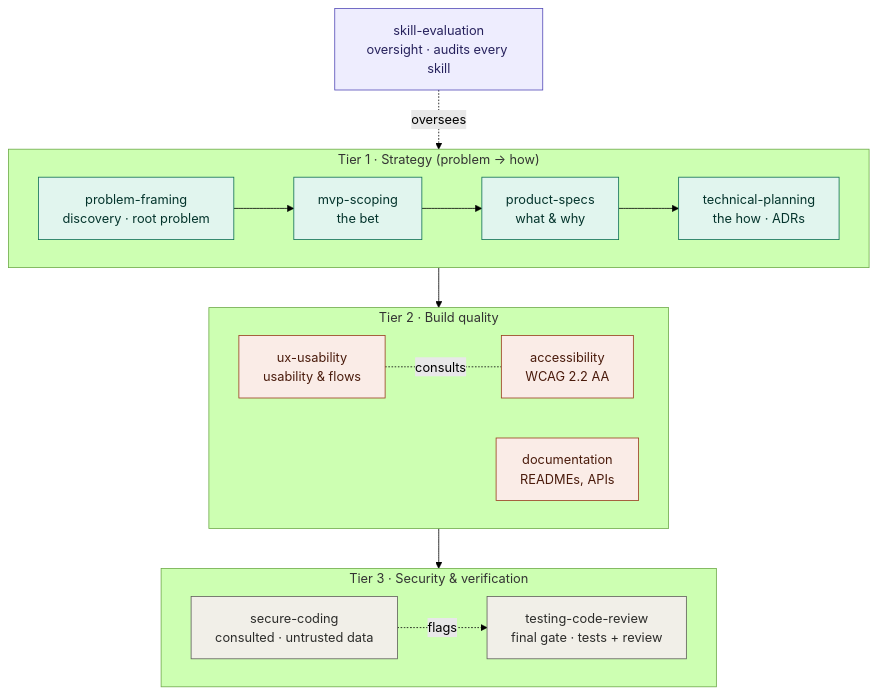
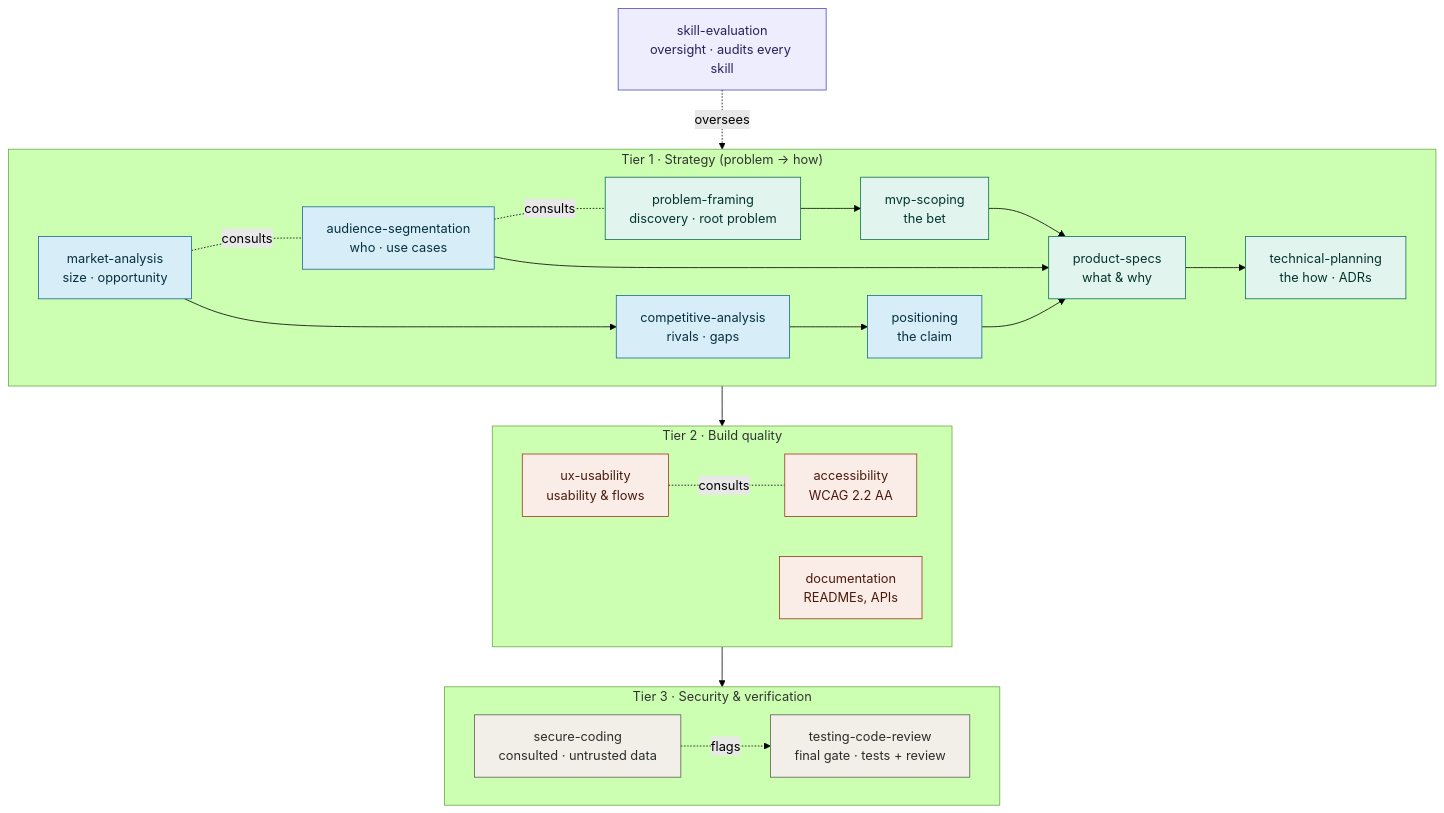
The diagram in docs/SKILLS-LIBRARY.md (ValeriyaMetla/AI-Development-Residency), drawn with Mermaid (forest theme) before and after one commit. The commit also changed other lines of this file, not shown here.

````diff
--- a/docs/SKILLS-LIBRARY.md
+++ b/docs/SKILLS-LIBRARY.md
@@ -113,33 +115,39 @@
 ```mermaid
 flowchart TD
     SE["skill-evaluation<br/>oversight · audits every skill"]
 
     subgraph S["Tier 1 · Strategy (problem → how)"]
       direction LR
       PF["problem-framing<br/>discovery · root problem"] --> MVP["mvp-scoping<br/>the bet"] --> PS["product-specs<br/>what & why"] --> TP["technical-planning<br/>the how · ADRs"]
+      AS["audience-segmentation<br/>who · use cases"] --> PS
+      MA["market-analysis<br/>size · opportunity"] --> CA["competitive-analysis<br/>rivals · gaps"] --> POS["positioning<br/>the claim"] --> PS
+      AS -. consults .- PF
+      MA -. consults .- AS
     end
 
     subgraph B["Tier 2 · Build quality"]
       direction LR
       UX["ux-usability<br/>usability & flows"] -. consults .- A["accessibility<br/>WCAG 2.2 AA"]
       D["documentation<br/>READMEs, APIs"]
     end
 
     subgraph G["Tier 3 · Security & verification"]
       direction LR
       SEC["secure-coding<br/>consulted · untrusted data"] -. flags .-> TCR["testing-code-review<br/>final gate · tests + review"]
     end
 
     SE -. oversees .-> S
     TP --> B
     B --> G
 
     classDef strat fill:#E1F5EE,stroke:#0F6E56,color:#04342C;
+    classDef disc fill:#D7EEF9,stroke:#1C6A91,color:#06303F;
     classDef build fill:#FAECE7,stroke:#993C1D,color:#4A1B0C;
     classDef gate fill:#F1EFE8,stroke:#5F5E5A,color:#2C2C2A;
     classDef over fill:#EEEDFE,stroke:#534AB7,color:#26215C;
     class PF,MVP,PS,TP strat;
+    class AS,MA,CA,POS disc;
     class UX,A,D build;
     class SEC,TCR gate;
     class SE over;
 ```
````
